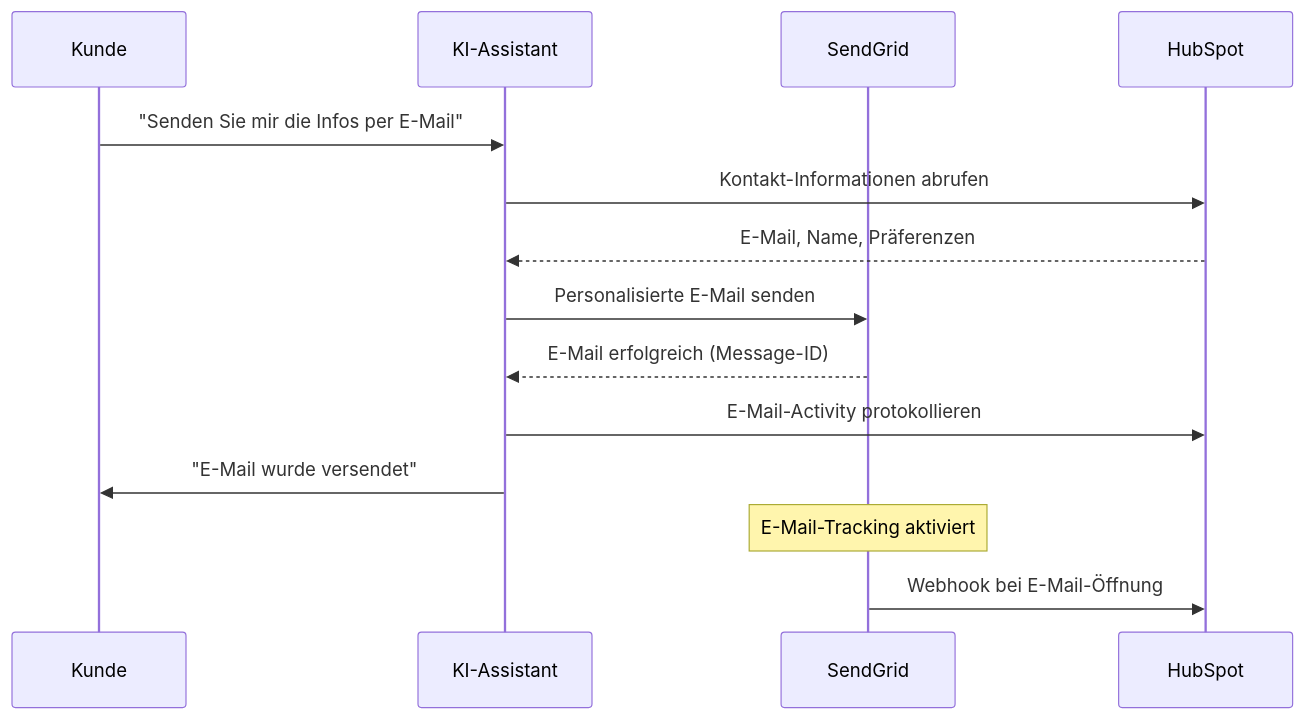
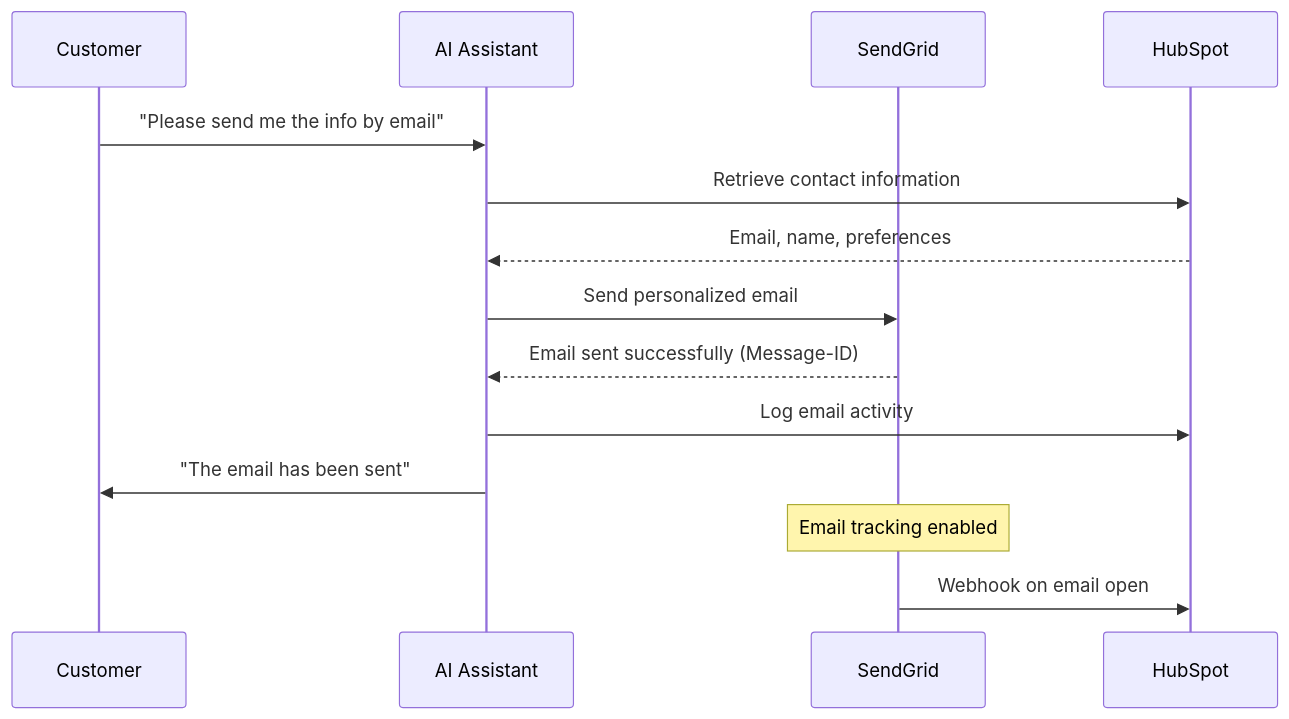
One commit to bekgroup/Famulor-docs-de changed the second of 2 diagrams in en/automation-platform/mid-call-tools/integration-templates/sendgrid-integration.mdx. Above: the diagram before and after it, drawn with Mermaid. The commit also changed other lines of this file and 20 other files, not shown here.

````diff
--- a/en/automation-platform/mid-call-tools/integration-templates/sendgrid-integration.mdx
+++ b/en/automation-platform/mid-call-tools/integration-templates/sendgrid-integration.mdx
@@ -551,18 +545,18 @@
 ```mermaid
 sequenceDiagram
-    participant C as Kunde
-    participant AI as KI-Assistant
+    participant C as Customer
+    participant AI as AI Assistant
     participant SG as SendGrid
     participant HS as HubSpot
     
-    C->>AI: "Senden Sie mir die Infos per E-Mail"
-    AI->>HS: Kontakt-Informationen abrufen
-    HS-->>AI: E-Mail, Name, Präferenzen
-    AI->>SG: Personalisierte E-Mail senden
-    SG-->>AI: E-Mail erfolgreich (Message-ID)
-    AI->>HS: E-Mail-Activity protokollieren
-    AI->>C: "E-Mail wurde versendet"
-    
-    Note over SG: E-Mail-Tracking aktiviert
-    SG->>HS: Webhook bei E-Mail-Öffnung
+    C->>AI: "Please send me the info by email"
+    AI->>HS: Retrieve contact information
+    HS-->>AI: Email, name, preferences
+    AI->>SG: Send personalized email
+    SG-->>AI: Email sent successfully (Message-ID)
+    AI->>HS: Log email activity
+    AI->>C: "The email has been sent"
+
+    Note over SG: Email tracking enabled
+    SG->>HS: Webhook on email open
 ```
````
